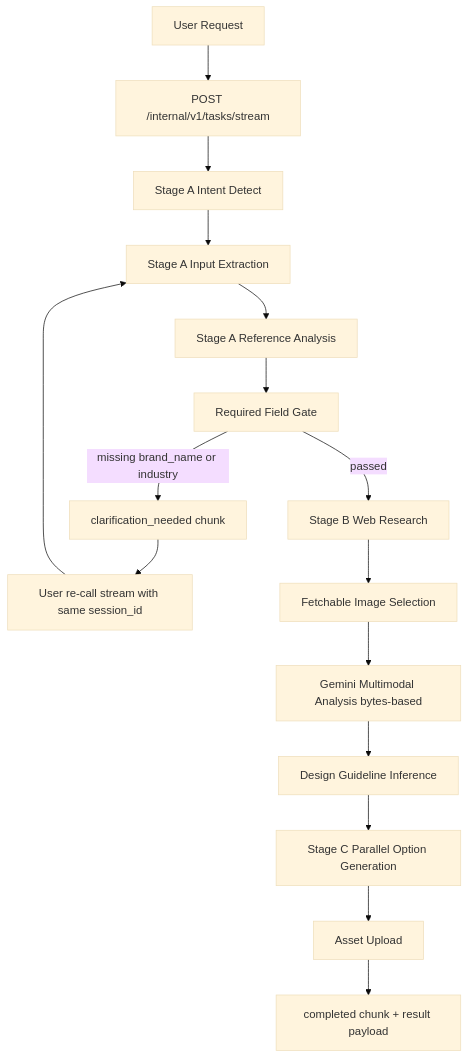
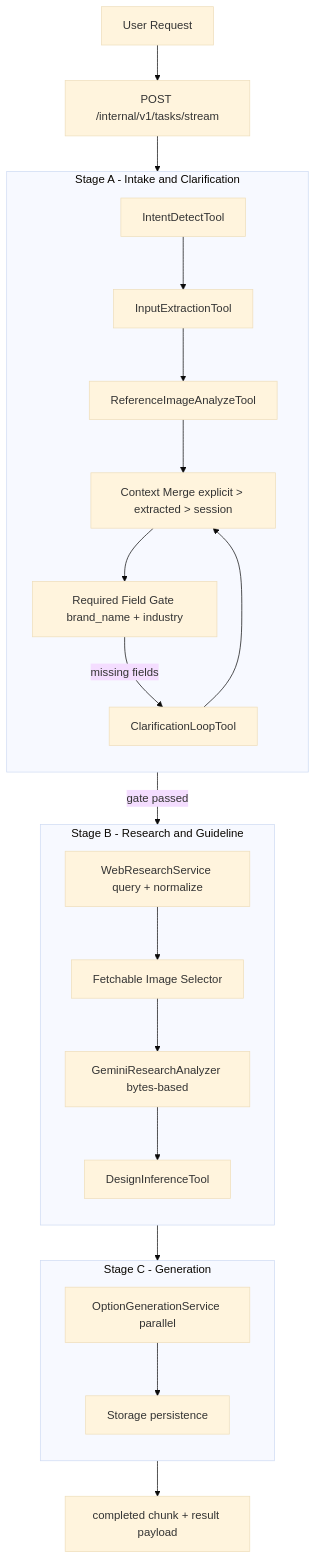
Before and after one commit to Ne4nf/Agent-Memory: the first of 3 diagrams in architecture.md, drawn with Mermaid (base theme). The commit also changed other lines of this file, not shown here.

````diff
--- a/architecture.md
+++ b/architecture.md
@@ -109,20 +109,33 @@
 ```mermaid
 flowchart TD
   U[User Request] --> ST[POST /internal/v1/tasks/stream]
-  ST --> A1[Stage A Intent Detect]
-  A1 --> A2[Stage A Input Extraction]
-  A2 --> A3[Stage A Reference Analysis]
-  A3 --> GATE[Required Field Gate]
 
-  GATE -->|missing brand_name or industry| CL[clarification_needed chunk]
-  CL --> RC[User re-call stream with same session_id]
-  RC --> A2
+  subgraph SA[Stage A - Intake and Clarification]
+    direction TB
+    A1[IntentDetectTool]
+    A2[InputExtractionTool]
+    A3[ReferenceImageAnalyzeTool]
+    A4[Context Merge explicit > extracted > session]
+    A5[Required Field Gate brand_name + industry]
+    A6[ClarificationLoopTool]
+  end
 
-  GATE -->|passed| B1[Stage B Web Research]
-  B1 --> B2[Fetchable Image Selection]
-  B2 --> B3[Gemini Multimodal Analysis bytes-based]
-  B3 --> B4[Design Guideline Inference]
-  B4 --> C1[Stage C Parallel Option Generation]
-  C1 --> C2[Asset Upload]
+  subgraph SB[Stage B - Research and Guideline]
+    direction TB
+    B1[WebResearchService query + normalize]
+    B2[Fetchable Image Selector]
+    B3[GeminiResearchAnalyzer bytes-based]
+    B4[DesignInferenceTool]
+  end
+
+  subgraph SC[Stage C - Generation]
+    direction TB
+    C1[OptionGenerationService parallel]
+    C2[Storage persistence]
+  end
+
+  ST --> A1 --> A2 --> A3 --> A4 --> A5
+  A5 -->|missing fields| A6 --> A4
+  A5 -->|gate passed| B1 --> B2 --> B3 --> B4 --> C1 --> C2
   C2 --> DONE[completed chunk + result payload]
 ```
````
